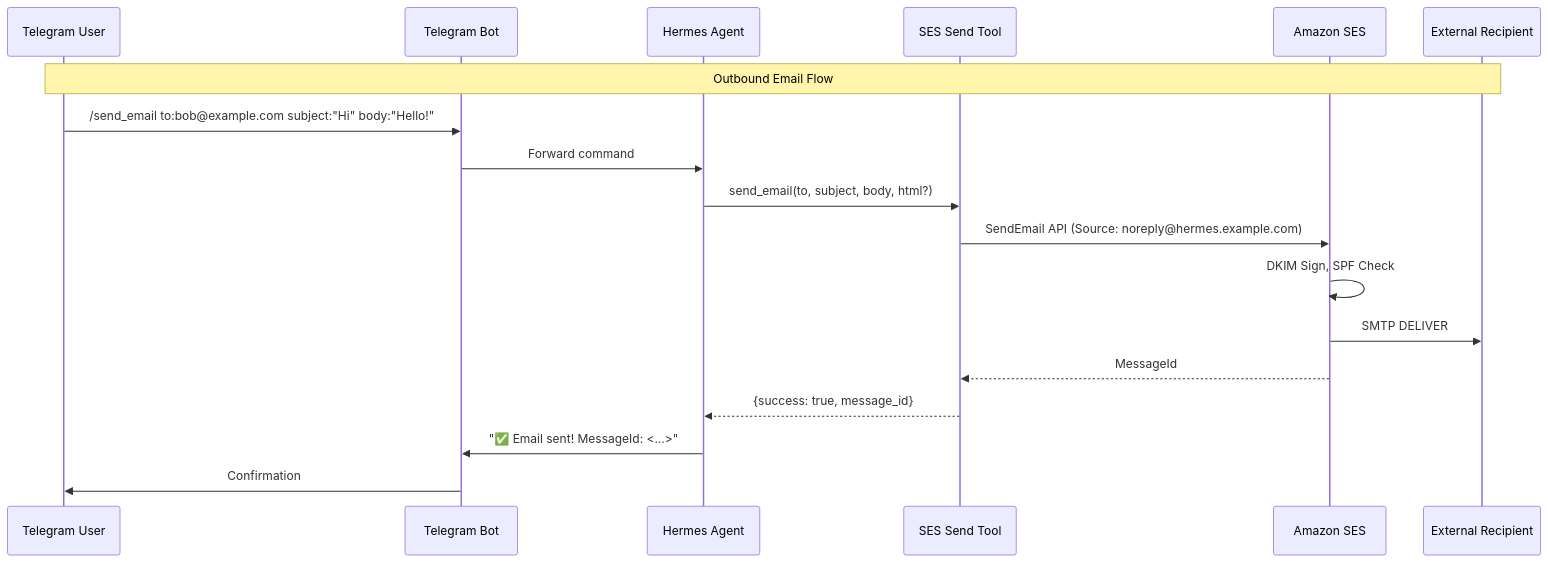
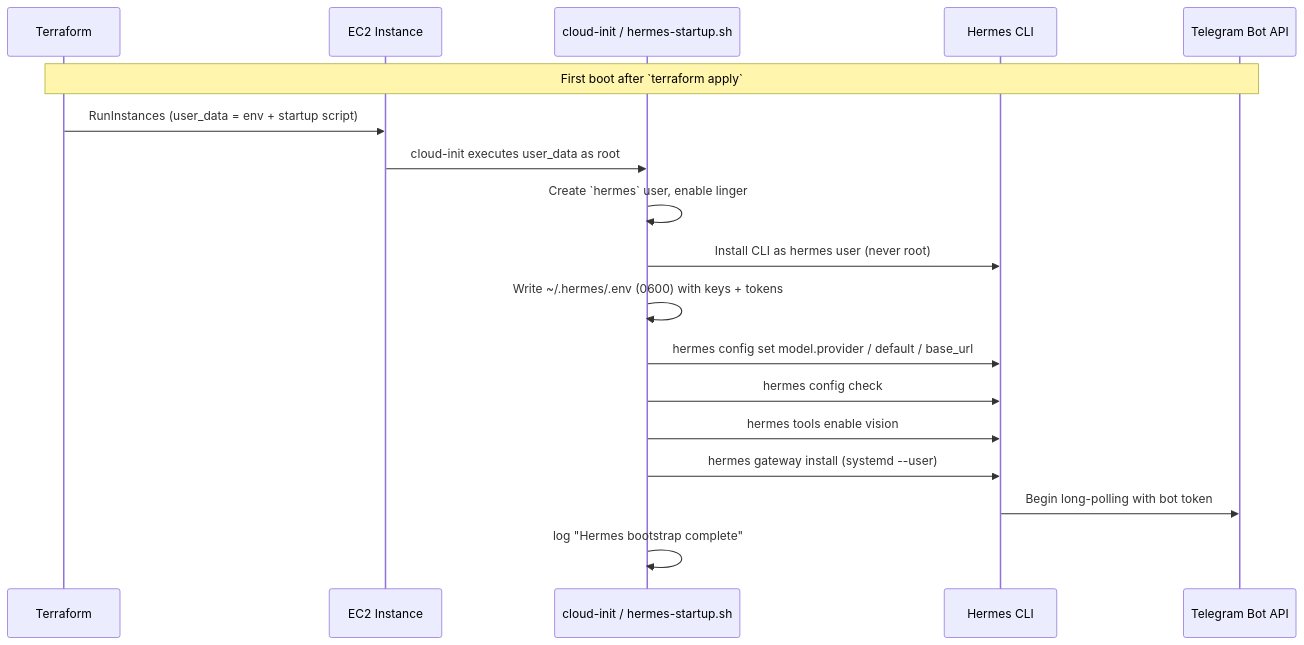
One commit to agmo1993/terra-hermes changed the second of 5 diagrams in Docs/ARCHITECTURE.md. Above: the diagram before and after it, drawn with Mermaid. The commit also changed other lines of this file and 13 other files, not shown here.

````diff
--- a/Docs/ARCHITECTURE.md
+++ b/Docs/ARCHITECTURE.md
@@ -155,22 +74,22 @@
 ```mermaid
 sequenceDiagram
-    participant User as Telegram User
-    participant TG as Telegram Bot
-    participant Hermes as Hermes Agent
-    participant Tool as SES Send Tool
-    participant SES as Amazon SES
-    participant Recipient as External Recipient
+    participant TF as Terraform
+    participant EC2 as EC2 Instance
+    participant Boot as cloud-init / hermes-startup.sh
+    participant Hermes as Hermes CLI
+    participant TG as Telegram Bot API
 
-    Note over User, Recipient: Outbound Email Flow
+    Note over TF, TG: First boot after `terraform apply`
 
-    User->>TG: /send_email to:bob@example.com subject:"Hi" body:"Hello!"
-    TG->>Hermes: Forward command
-    Hermes->>Tool: send_email(to, subject, body, html?)
-    Tool->>SES: SendEmail API (Source: noreply@hermes.example.com)
-    SES->>SES: DKIM Sign, SPF Check
-    SES->>Recipient: SMTP DELIVER
-    SES-->>Tool: MessageId
-    Tool-->>Hermes: {success: true, message_id}
-    Hermes->>TG: "✅ Email sent! MessageId: <...>"
-    TG->>User: Confirmation
+    TF->>EC2: RunInstances (user_data = env + startup script)
+    EC2->>Boot: cloud-init executes user_data as root
+    Boot->>Boot: Create `hermes` user, enable linger
+    Boot->>Hermes: Install CLI as hermes user (never root)
+    Boot->>Boot: Write ~/.hermes/.env (0600) with keys + tokens
+    Boot->>Hermes: hermes config set model.provider / default / base_url
+    Boot->>Hermes: hermes config check
+    Boot->>Hermes: hermes tools enable vision
+    Boot->>Hermes: hermes gateway install (systemd --user)
+    Hermes->>TG: Begin long-polling with bot token
+    Boot->>Boot: log "Hermes bootstrap complete"
 ```
````
